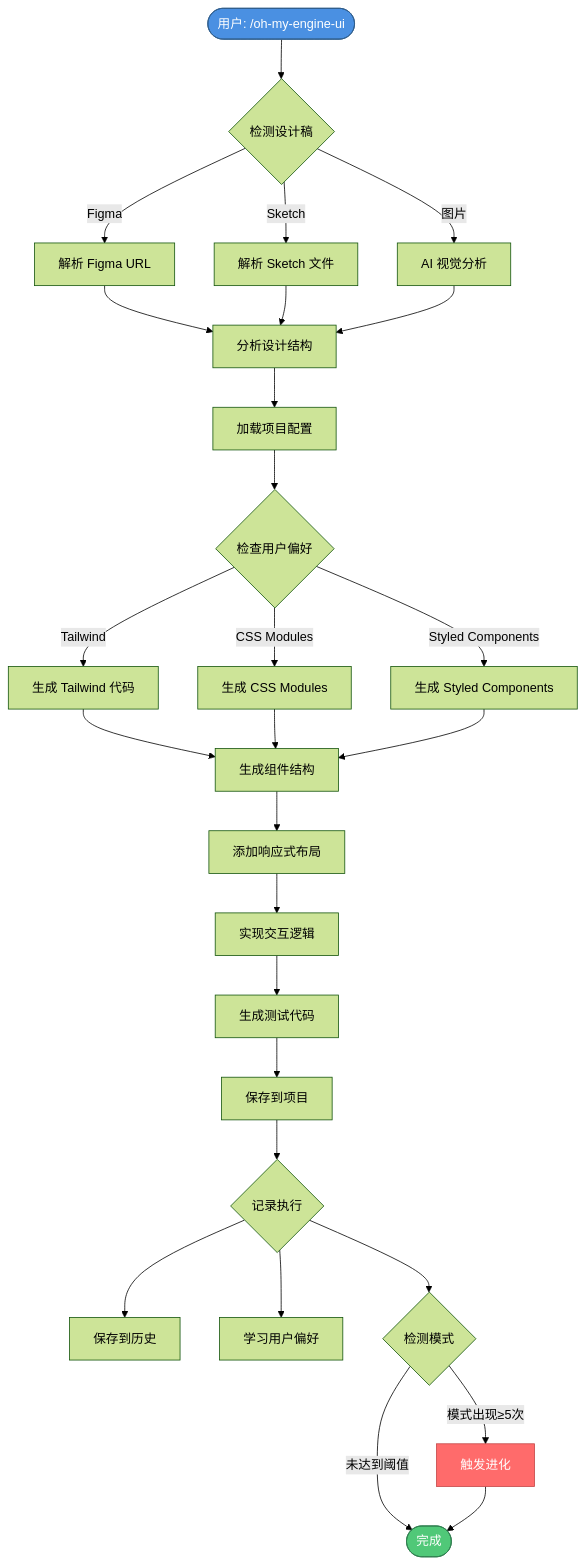
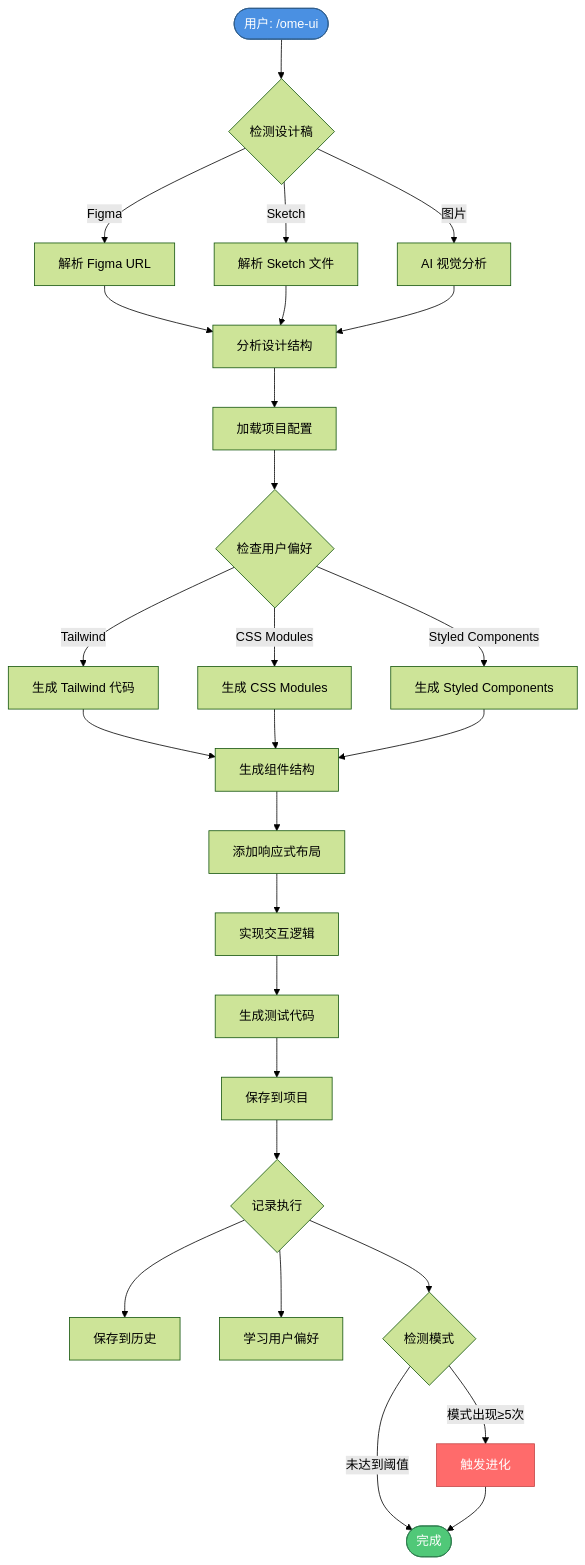
The fifth of 11 diagrams in docs/marketing/BLOG_IMAGES.md (oh-my-engine/oh-my-engine), drawn with Mermaid (forest theme) before and after one commit. The commit also changed other lines of this file and 83 other files, not shown here.

````diff
--- a/docs/marketing/BLOG_IMAGES.md
+++ b/docs/marketing/BLOG_IMAGES.md
@@ -165,40 +165,40 @@
 ```mermaid
 flowchart TD
-    Start([用户: /oh-my-engine-ui]) --> A{检测设计稿}
+    Start([用户: /ome-ui]) --> A{检测设计稿}
     A -->|Figma| B[解析 Figma URL]
     A -->|Sketch| C[解析 Sketch 文件]
     A -->|图片| D[AI 视觉分析]
     
     B --> E[分析设计结构]
     C --> E
     D --> E
     
     E --> F[加载项目配置]
     F --> G{检查用户偏好}
     
     G -->|Tailwind| H[生成 Tailwind 代码]
     G -->|CSS Modules| I[生成 CSS Modules]
     G -->|Styled Components| J[生成 Styled Components]
     
     H --> K[生成组件结构]
     I --> K
     J --> K
     
     K --> L[添加响应式布局]
     L --> M[实现交互逻辑]
     M --> N[生成测试代码]
     N --> O[保存到项目]
     
     O --> P{记录执行}
     P --> Q[保存到历史]
     P --> R[学习用户偏好]
     P --> S{检测模式}
     
     S -->|模式出现≥5次| T[触发进化]
     S -->|未达到阈值| End([完成])
     T --> End
     
     style Start fill:#4A90E2,stroke:#2E5C8A,color:#fff
     style End fill:#50C878,stroke:#2E7D4E,color:#fff
     style T fill:#FF6B6B,stroke:#C44545,color:#fff
 ```
````
